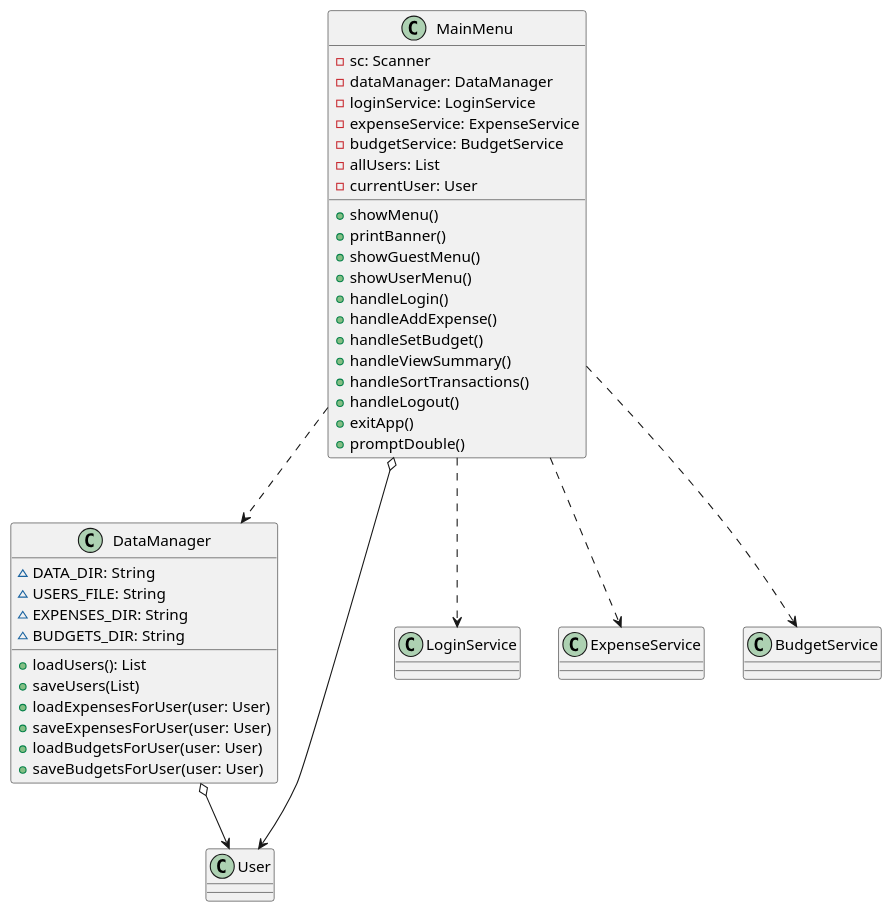
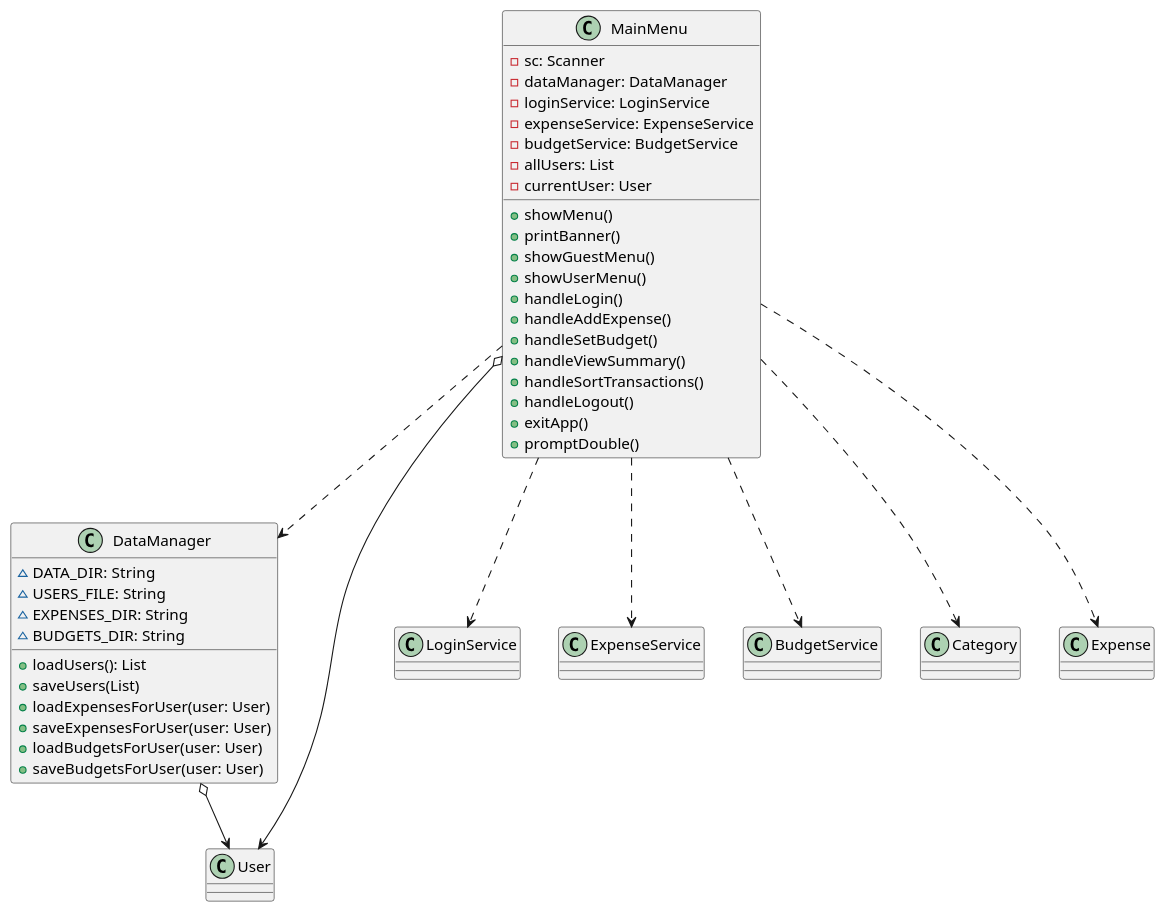
The diagram in UML/class_diagram.puml (subisksbn/OOP_final_financeTracker), drawn with PlantUML before and after one commit. The commit also changed 1 other file, not shown here.

Commit message:
Finished 'Summary' seq diagram

```diff
--- a/UML/class_diagram.puml
+++ b/UML/class_diagram.puml
@@ -1,45 +1,50 @@
 @startuml
 class MainMenu {
     -sc: Scanner 
     -dataManager: DataManager
     -loginService: LoginService
     -expenseService: ExpenseService
     -budgetService: BudgetService
     -allUsers: List
     -currentUser: User 
 
     +showMenu()
     +printBanner()
     +showGuestMenu()
     +showUserMenu()
     +handleLogin()
     +handleAddExpense()
     +handleSetBudget()
     +handleViewSummary()
     +handleSortTransactions()
     +handleLogout()
     +exitApp()
     +promptDouble()
 }
 class DataManager{
     ~DATA_DIR: String
     ~USERS_FILE: String
     ~EXPENSES_DIR: String
     ~BUDGETS_DIR: String
 
     +loadUsers(): List
     +saveUsers(List)
     +loadExpensesForUser(user: User)
     +saveExpensesForUser(user: User)
     +loadBudgetsForUser(user: User)
     +saveBudgetsForUser(user: User)
 }
 class User 
+
+'Dependencies
+'Uses:
 MainMenu ..> DataManager 
 MainMenu ..> LoginService 
 MainMenu ..> ExpenseService 
 MainMenu ..> BudgetService
+MainMenu ..> Category 
+MainMenu ..> Expense
 
 MainMenu o--> User
 DataManager o--> User
 @enduml
```
